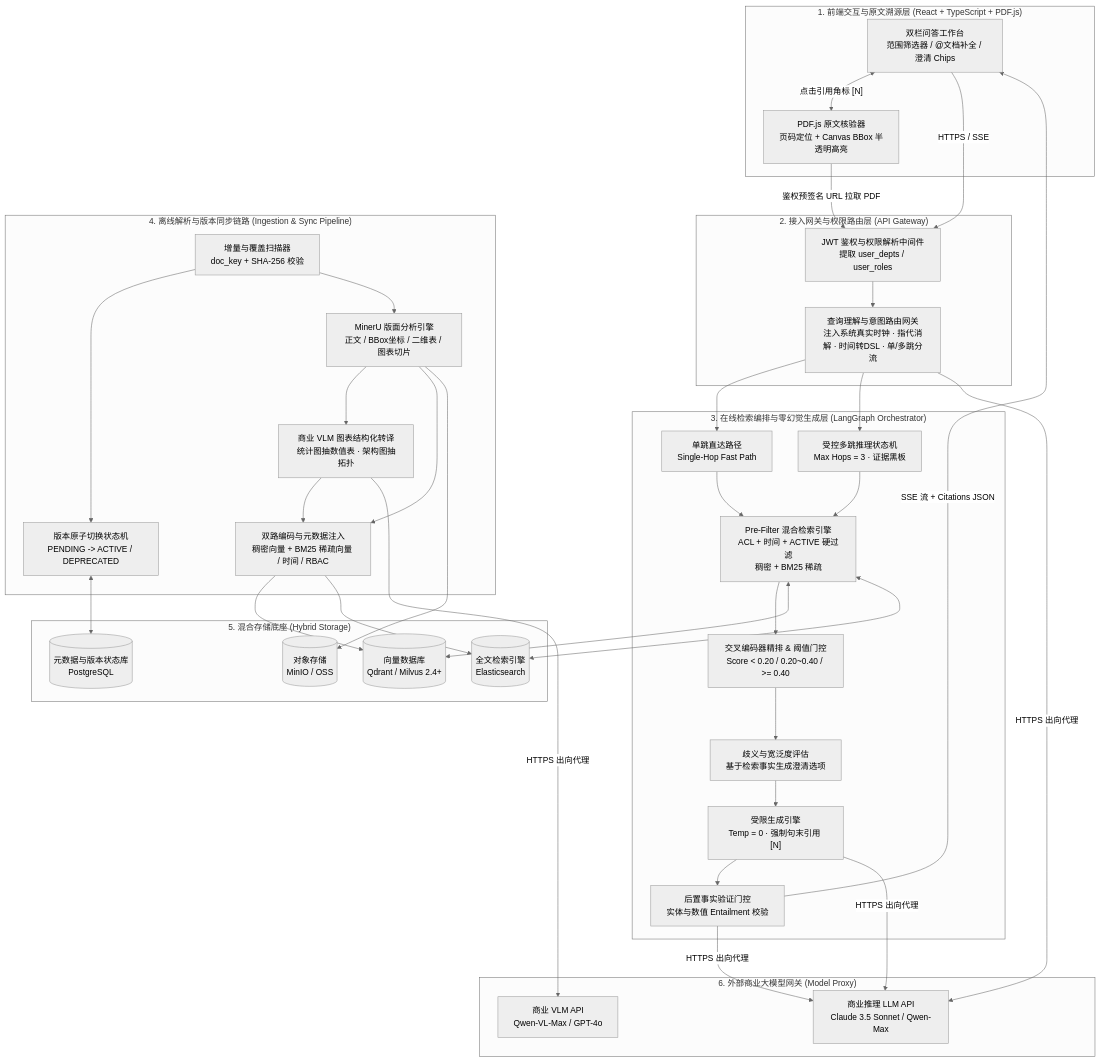
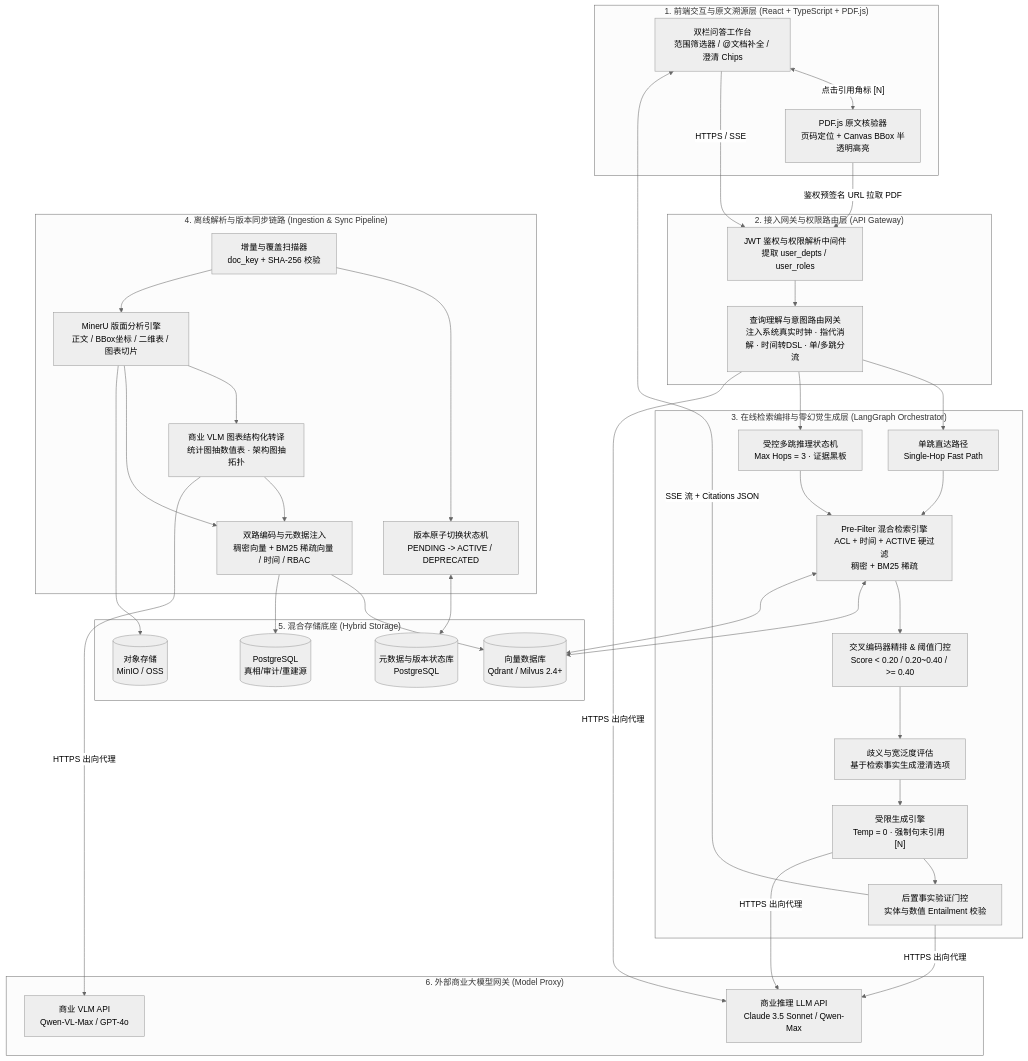
Before and after one commit to kvchen95/ai-rag: the first of 6 diagrams in 架构图集.md, drawn with Mermaid (neutral theme). The commit also changed other lines of this file and 2 other files, not shown here.

````diff
--- a/架构图集.md
+++ b/架构图集.md
@@ -21,76 +21,76 @@
 ```mermaid
 flowchart TB
     subgraph ClientLayer ["1. 前端交互与原文溯源层 (React + TypeScript + PDF.js)"]
         UI_Chat["双栏问答工作台<br/>范围筛选器 / @文档补全 / 澄清 Chips"]
         UI_PDF["PDF.js 原文核验器<br/>页码定位 + Canvas BBox 半透明高亮"]
         UI_Chat <-->|"点击引用角标 [N]"| UI_PDF
     end
 
     subgraph GatewayLayer ["2. 接入网关与权限路由层 (API Gateway)"]
         AuthMW["JWT 鉴权与权限解析中间件<br/>提取 user_depts / user_roles"]
         Router["查询理解与意图路由网关<br/>注入系统真实时钟 · 指代消解 · 时间转DSL · 单/多跳分流"]
         AuthMW --> Router
     end
 
     subgraph InferenceLayer ["3. 在线检索编排与零幻觉生成层 (LangGraph Orchestrator)"]
         FastPath["单跳直达路径<br/>Single-Hop Fast Path"]
         MultiHop["受控多跳推理状态机<br/>Max Hops = 3 · 证据黑板"]
         HybridSearch["Pre-Filter 混合检索引擎<br/>ACL + 时间 + ACTIVE 硬过滤<br/>稠密 + BM25 稀疏"]
         RerankGate["交叉编码器精排 & 阈值门控<br/>Score < 0.20 / 0.20~0.40 / >= 0.40"]
         Ambiguity["歧义与宽泛度评估<br/>基于检索事实生成澄清选项"]
         GenLLM["受限生成引擎<br/>Temp = 0 · 强制句末引用 [N]"]
         NLIGate["后置事实验证门控<br/>实体与数值 Entailment 校验"]
 
         FastPath --> HybridSearch
         MultiHop --> HybridSearch
         HybridSearch --> RerankGate
         RerankGate --> Ambiguity
         Ambiguity --> GenLLM
         GenLLM --> NLIGate
     end
 
     subgraph IngestionLayer ["4. 离线解析与版本同步链路 (Ingestion & Sync Pipeline)"]
         Scanner["增量与覆盖扫描器<br/>doc_key + SHA-256 校验"]
         VersionSM["版本原子切换状态机<br/>PENDING -> ACTIVE / DEPRECATED"]
         MinerU["MinerU 版面分析引擎<br/>正文 / BBox坐标 / 二维表 / 图表切片"]
         VLM_Pipe["商业 VLM 图表结构化转译<br/>统计图抽数值表 · 架构图抽拓扑"]
         Embedder["双路编码与元数据注入<br/>稠密向量 + BM25 稀疏向量 / 时间 / RBAC"]
 
         Scanner --> VersionSM
         Scanner --> MinerU
         MinerU --> VLM_Pipe
         MinerU --> Embedder
         VLM_Pipe --> Embedder
     end
 
     subgraph StorageLayer ["5. 混合存储底座 (Hybrid Storage)"]
         Qdrant[("向量数据库<br/>Qdrant / Milvus 2.4+")]
-        ES[("全文检索引擎<br/>Elasticsearch")]
+        PGStore[("PostgreSQL<br/>真相/审计/重建源")]
         PG[("元数据与版本状态库<br/>PostgreSQL")]
         OSS[("对象存储<br/>MinIO / OSS")]
     end
 
     subgraph ExternalAI ["6. 外部商业大模型网关 (Model Proxy)"]
         VLM_API["商业 VLM API<br/>Qwen-VL-Max / GPT-4o"]
         LLM_API["商业推理 LLM API<br/>Claude 3.5 Sonnet / Qwen-Max"]
     end
 
     UI_Chat -->|"HTTPS / SSE"| AuthMW
     NLIGate -->|"SSE 流 + Citations JSON"| UI_Chat
     UI_PDF -->|"鉴权预签名 URL 拉取 PDF"| AuthMW
 
     Router --> FastPath
     Router --> MultiHop
 
     HybridSearch <--> Qdrant
-    HybridSearch <--> ES
+    HybridSearch <--> Qdrant
     Embedder --> Qdrant
-    Embedder --> ES
+    Embedder --> PGStore
     VersionSM <--> PG
     MinerU --> OSS
 
     VLM_Pipe -->|"HTTPS 出向代理"| VLM_API
     Router -->|"HTTPS 出向代理"| LLM_API
     GenLLM -->|"HTTPS 出向代理"| LLM_API
     NLIGate -->|"HTTPS 出向代理"| LLM_API
 ```
````
